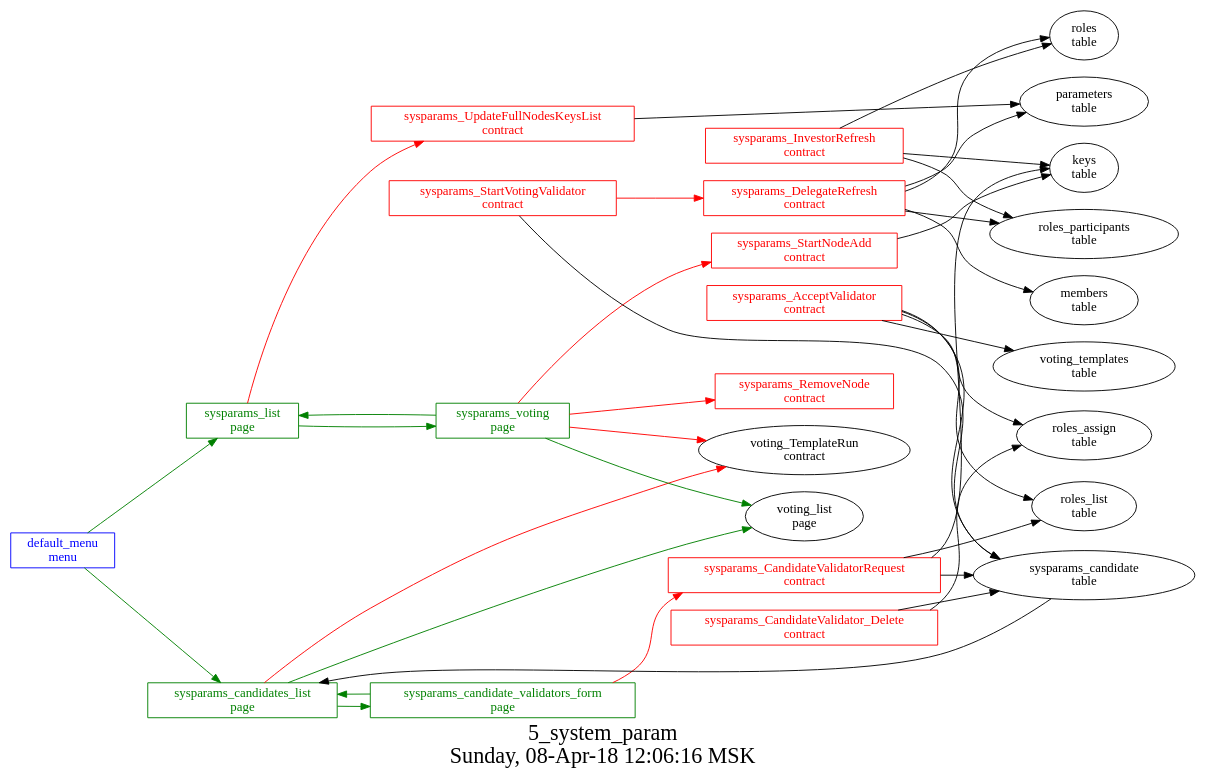
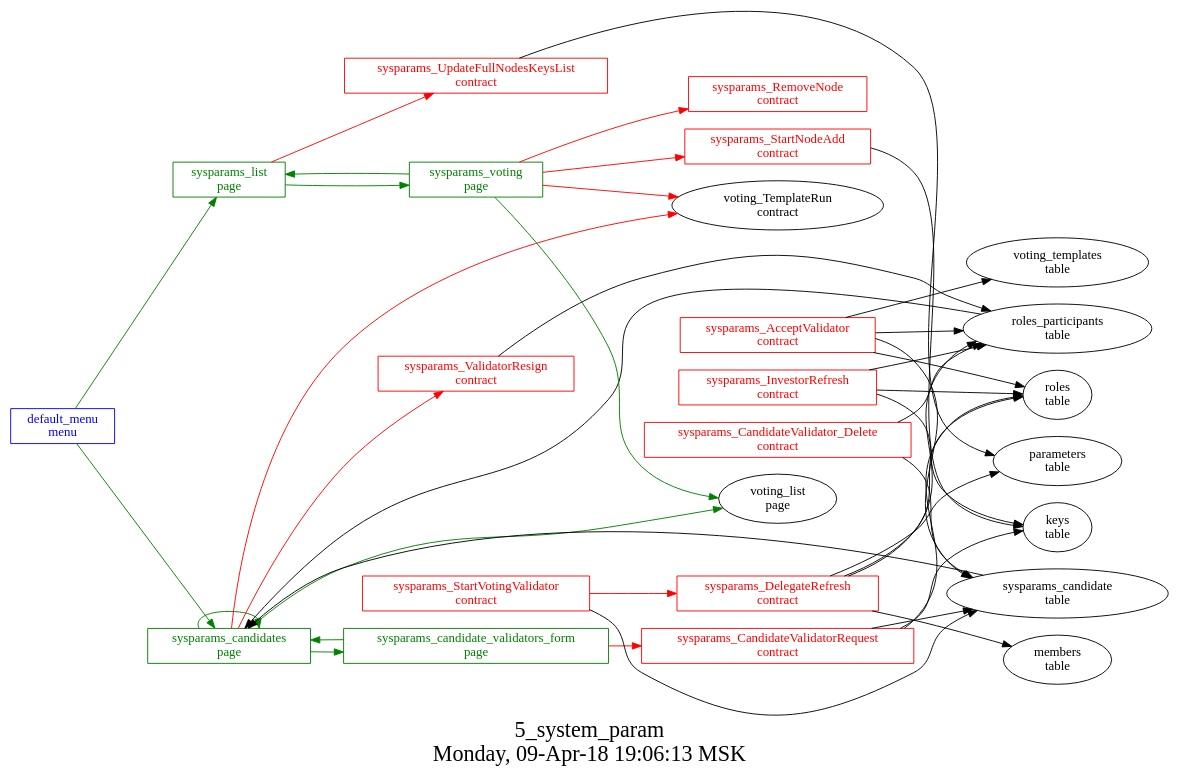
One commit to AplaProject/apps changed the diagram in src/basic/basic_main/5_system_params/struct.dot. Above: the diagram before and after it, drawn with Graphviz. The commit also changed 21 other files, not shown here.

Commit message:
fixed resign validator

```diff
--- a/src/basic/basic_main/5_system_params/struct.dot
+++ b/src/basic/basic_main/5_system_params/struct.dot
@@ -1,60 +1,65 @@
 digraph G {
 graph [
   fontsize="24";
-  label="5_system_param\nSunday, 08-Apr-18 12:06:16 MSK";
+  label="5_system_param\nMonday, 09-Apr-18 19:06:13 MSK";
   nojustify=true;
   ordering=out;
   rankdir=LR;
   size="30";
 ];
 "default_menu\nmenu" -> "sysparams_list\npage"  [ color=green ]
-"default_menu\nmenu" -> "sysparams_candidates_list\npage"  [ color=green ]
+"default_menu\nmenu" -> "sysparams_candidates\npage"  [ color=green ]
 "default_menu\nmenu" [color=blue, fontcolor=blue, group=menus, shape=record];
 "sysparams_candidate_validators_form\npage" -> "sysparams_CandidateValidatorRequest\ncontract"  [ color=red ]
-"sysparams_candidate_validators_form\npage" -> "sysparams_candidates_list\npage"  [ color=green ]
+"sysparams_candidate_validators_form\npage" -> "sysparams_candidates\npage"  [ color=green ]
 "sysparams_candidate_validators_form\npage" [color=green, fontcolor=green, group=pages, shape=record];
-"sysparams_candidates_list\npage" -> "voting_TemplateRun\ncontract"  [ color=red ]
-"sysparams_candidate\ntable" -> "sysparams_candidates_list\npage"  [ color="" ]
-"sysparams_candidates_list\npage" -> "voting_list\npage"  [ color=green ]
-"sysparams_candidates_list\npage" -> "sysparams_candidate_validators_form\npage"  [ color=green ]
-"sysparams_candidates_list\npage" [color=green, fontcolor=green, group=pages, shape=record];
+"sysparams_candidates\npage" -> "voting_TemplateRun\ncontract"  [ color=red ]
+"sysparams_candidates\npage" -> "sysparams_ValidatorResign\ncontract"  [ color=red ]
+"sysparams_candidate\ntable" -> "sysparams_candidates\npage"  [ color="" ]
+"roles_participants\ntable" -> "sysparams_candidates\npage"  [ color="" ]
+"sysparams_candidates\npage" -> "voting_list\npage"  [ color=green ]
+"sysparams_candidates\npage" -> "sysparams_candidates\npage"  [ color=green ]
+"sysparams_candidates\npage" -> "sysparams_candidate_validators_form\npage"  [ color=green ]
+"sysparams_candidates\npage" [color=green, fontcolor=green, group=pages, shape=record];
 "sysparams_list\npage" -> "sysparams_UpdateFullNodesKeysList\ncontract"  [ color=red ]
 "sysparams_list\npage" -> "sysparams_voting\npage"  [ color=green ]
 "sysparams_list\npage" [color=green, fontcolor=green, group=pages, shape=record];
 "sysparams_voting\npage" -> "sysparams_StartNodeAdd\ncontract"  [ color=red ]
 "sysparams_voting\npage" -> "sysparams_RemoveNode\ncontract"  [ color=red ]
 "sysparams_voting\npage" -> "voting_TemplateRun\ncontract"  [ color=red ]
 "sysparams_voting\npage" -> "sysparams_list\npage"  [ color=green ]
 "sysparams_voting\npage" -> "voting_list\npage"  [ color=green ]
 "sysparams_voting\npage" [color=green, fontcolor=green, group=pages, shape=record];
 "sysparams_AcceptValidator\ncontract" -> "voting_templates\ntable"  [ color="" ]
 "sysparams_AcceptValidator\ncontract" -> "sysparams_candidate\ntable"  [ color="" ]
-"sysparams_AcceptValidator\ncontract" -> "roles_assign\ntable"  [ color="" ]
-"sysparams_AcceptValidator\ncontract" -> "roles_list\ntable"  [ color="" ]
+"sysparams_AcceptValidator\ncontract" -> "roles_participants\ntable"  [ color="" ]
+"sysparams_AcceptValidator\ncontract" -> "roles\ntable"  [ color="" ]
 "sysparams_AcceptValidator\ncontract" [color=red, fontcolor=red, group=contracts, shape=record];
 "sysparams_CandidateValidatorRequest\ncontract" -> "keys\ntable"  [ color="" ]
-"sysparams_CandidateValidatorRequest\ncontract" -> "roles_list\ntable"  [ color="" ]
+"sysparams_CandidateValidatorRequest\ncontract" -> "roles\ntable"  [ color="" ]
 "sysparams_CandidateValidatorRequest\ncontract" -> "sysparams_candidate\ntable"  [ color="" ]
 "sysparams_CandidateValidatorRequest\ncontract" [color=red, fontcolor=red, group=contracts, shape=record];
 "sysparams_CandidateValidator_Delete\ncontract" -> "sysparams_candidate\ntable"  [ color="" ]
-"sysparams_CandidateValidator_Delete\ncontract" -> "roles_assign\ntable"  [ color="" ]
+"sysparams_CandidateValidator_Delete\ncontract" -> "roles_participants\ntable"  [ color="" ]
 "sysparams_CandidateValidator_Delete\ncontract" [color=red, fontcolor=red, group=contracts, shape=record];
 "sysparams_DelegateRefresh\ncontract" -> "roles\ntable"  [ color="" ]
 "sysparams_DelegateRefresh\ncontract" -> "parameters\ntable"  [ color="" ]
 "sysparams_DelegateRefresh\ncontract" -> "roles_participants\ntable"  [ color="" ]
 "sysparams_DelegateRefresh\ncontract" -> "members\ntable"  [ color="" ]
 "sysparams_DelegateRefresh\ncontract" [color=red, fontcolor=red, group=contracts, shape=record];
 "sysparams_InvestorRefresh\ncontract" -> "roles\ntable"  [ color="" ]
 "sysparams_InvestorRefresh\ncontract" -> "keys\ntable"  [ color="" ]
 "sysparams_InvestorRefresh\ncontract" -> "roles_participants\ntable"  [ color="" ]
 "sysparams_InvestorRefresh\ncontract" [color=red, fontcolor=red, group=contracts, shape=record];
 "sysparams_RemoveNode\ncontract" [color=red, fontcolor=red, group=contracts, shape=record];
 "sysparams_StartNodeAdd\ncontract" -> "keys\ntable"  [ color="" ]
 "sysparams_StartNodeAdd\ncontract" [color=red, fontcolor=red, group=contracts, shape=record];
 "sysparams_StartVotingValidator\ncontract" -> "sysparams_DelegateRefresh\ncontract"  [ color=red ]
 "sysparams_StartVotingValidator\ncontract" -> "sysparams_candidate\ntable"  [ color="" ]
 "sysparams_StartVotingValidator\ncontract" [color=red, fontcolor=red, group=contracts, shape=record];
 "sysparams_UpdateFullNodesKeysList\ncontract" -> "parameters\ntable"  [ color="" ]
 "sysparams_UpdateFullNodesKeysList\ncontract" [color=red, fontcolor=red, group=contracts, shape=record];
+"sysparams_ValidatorResign\ncontract" -> "roles_participants\ntable"  [ color="" ]
+"sysparams_ValidatorResign\ncontract" [color=red, fontcolor=red, group=contracts, shape=record];
 "sysparams_candidate\ntable" [color="", fontcolor="", group=tables, shape=""];
 }
```
